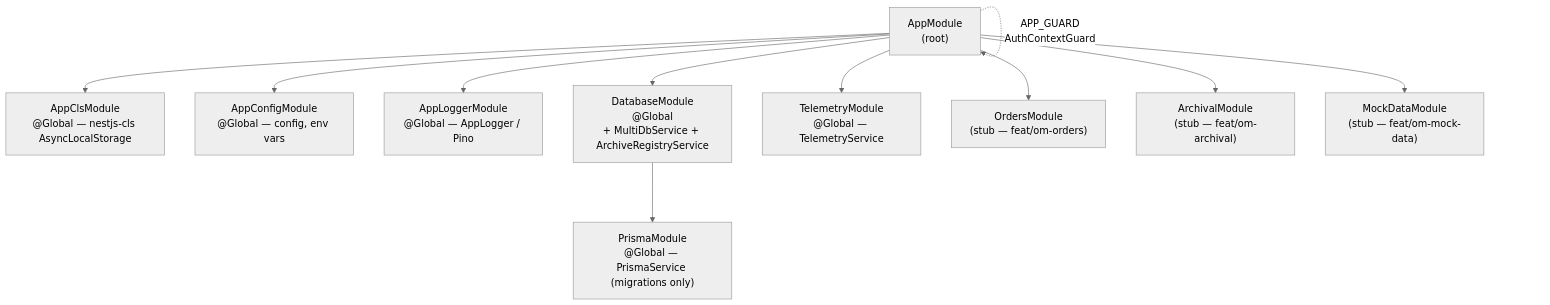
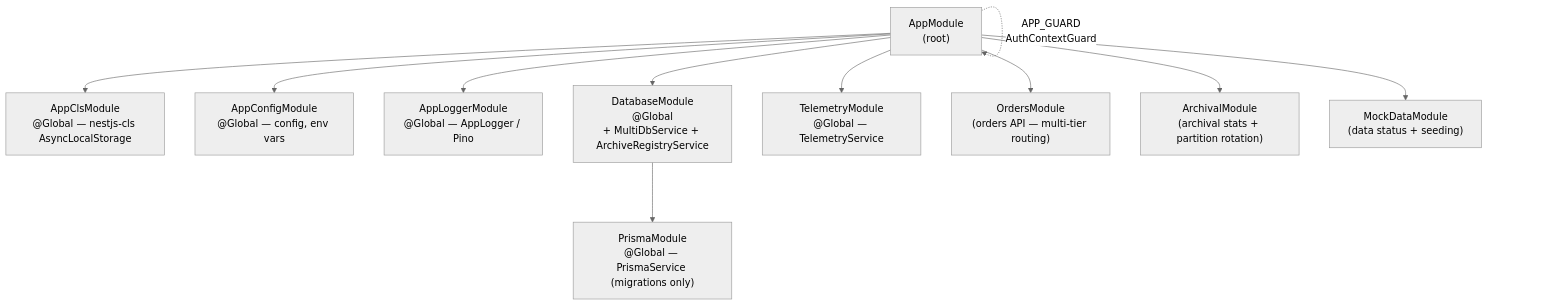
Before and after one commit to gauravprwl14/nestjs-boilerplate: the diagram in docs/architecture/service-architecture.md, drawn with Mermaid (neutral theme). The commit also changed other lines of this file and 25 other files, not shown here.

````diff
--- a/docs/architecture/service-architecture.md
+++ b/docs/architecture/service-architecture.md
@@ -7,27 +7,27 @@
 ```mermaid
 graph TD
     AppModule["AppModule\n(root)"]
 
     AppClsModule["AppClsModule\n@Global — nestjs-cls AsyncLocalStorage"]
     AppConfigModule["AppConfigModule\n@Global — config, env vars"]
     AppLoggerModule["AppLoggerModule\n@Global — AppLogger / Pino"]
     PrismaModule["PrismaModule\n@Global — PrismaService (migrations only)"]
     DatabaseModule["DatabaseModule\n@Global\n+ MultiDbService + ArchiveRegistryService"]
     TelemetryModule["TelemetryModule\n@Global — TelemetryService"]
 
-    OrdersModule["OrdersModule\n(stub — feat/om-orders)"]
-    ArchivalModule["ArchivalModule\n(stub — feat/om-archival)"]
-    MockDataModule["MockDataModule\n(stub — feat/om-mock-data)"]
+    OrdersModule["OrdersModule\n(orders API — multi-tier routing)"]
+    ArchivalModule["ArchivalModule\n(archival stats + partition rotation)"]
+    MockDataModule["MockDataModule\n(data status + seeding)"]
 
     AppModule --> AppClsModule
     AppModule --> AppConfigModule
     AppModule --> AppLoggerModule
     AppModule --> DatabaseModule
     AppModule --> TelemetryModule
     AppModule --> OrdersModule
     AppModule --> ArchivalModule
     AppModule --> MockDataModule
 
     DatabaseModule --> PrismaModule
     AppModule -.->|"APP_GUARD\nAuthContextGuard"| AppModule
 ```
````
